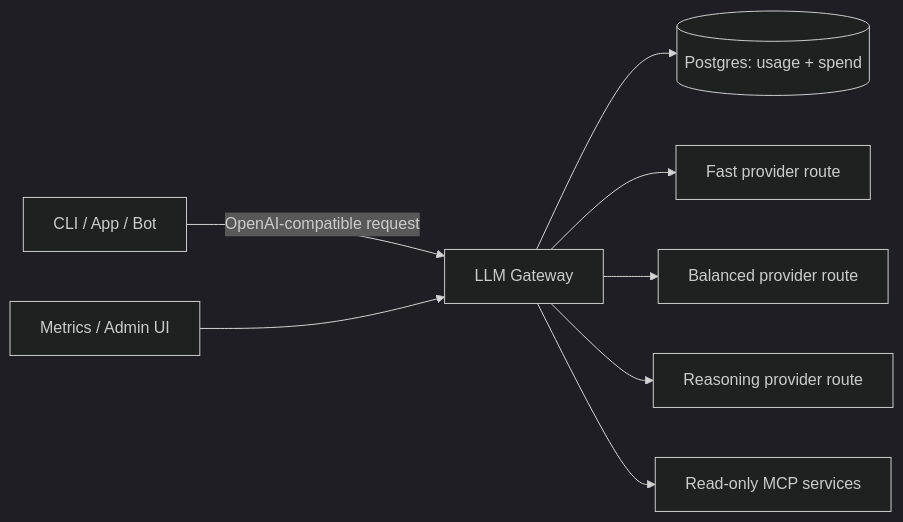
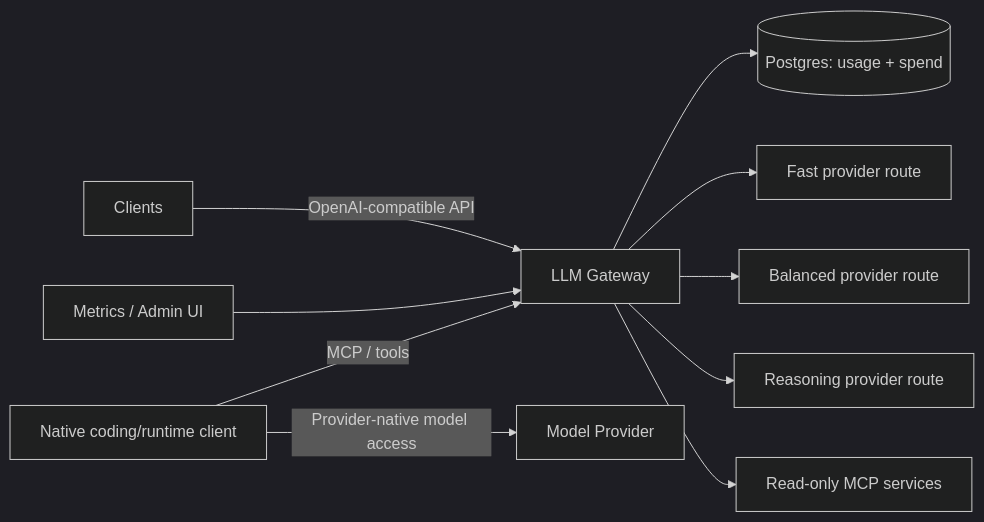
Before and after one commit to leo-hildegarde/llm-gateway-blueprint: the diagram in diagrams/architecture.mmd, drawn with Mermaid (dark theme).

Commit message:
docs: update public architecture diagram

```diff
--- a/diagrams/architecture.mmd
+++ b/diagrams/architecture.mmd
@@ -1,8 +1,11 @@
 flowchart LR
-    A[CLI / App / Bot] -->|OpenAI-compatible request| B[LLM Gateway]
-    B --> C[(Postgres: usage + spend)]
-    B --> D[Fast provider route]
-    B --> E[Balanced provider route]
-    B --> F[Reasoning provider route]
-    B --> G[Read-only MCP services]
-    H[Metrics / Admin UI] --> B
+    C[Clients] -->|OpenAI-compatible API| G[LLM Gateway]
+    G --> DB[(Postgres: usage + spend)]
+    G --> F[Fast provider route]
+    G --> B[Balanced provider route]
+    G --> R[Reasoning provider route]
+    G --> M[Read-only MCP services]
+    H[Metrics / Admin UI] --> G
+
+    N[Native coding/runtime client] -->|Provider-native model access| P[Model Provider]
+    N -->|MCP / tools| G
```
